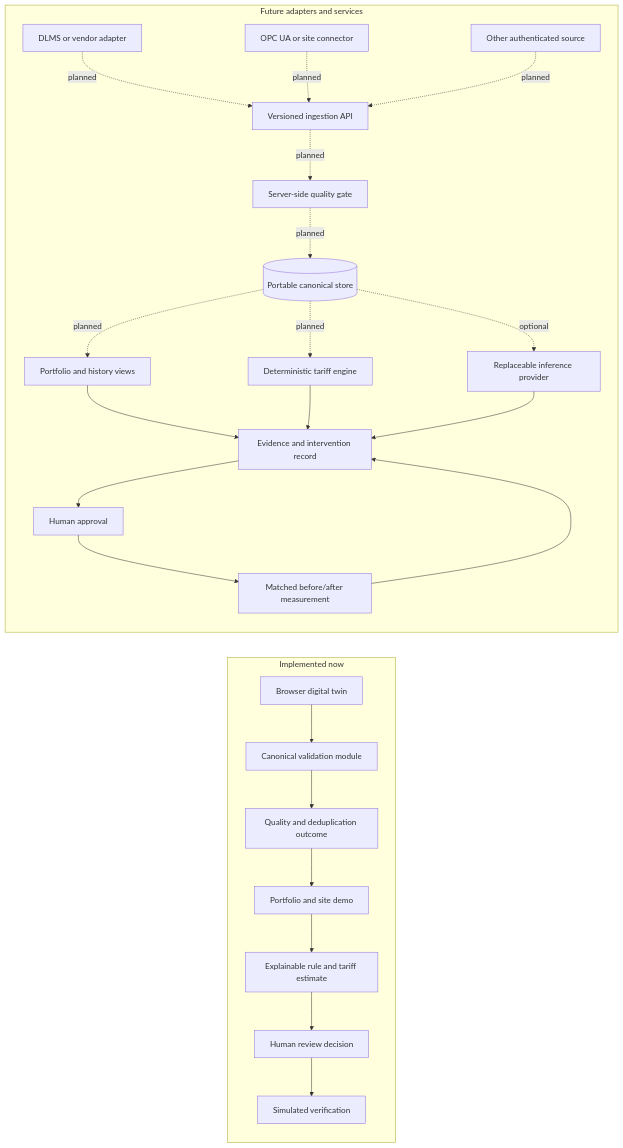
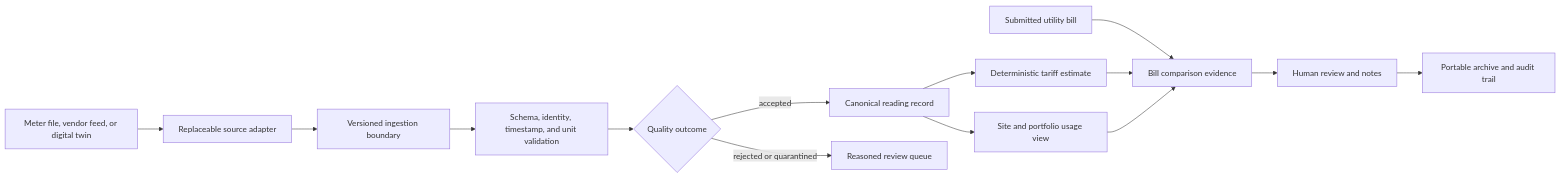
The diagram in docs/architecture.md (SheeshDarth/smart-electricity-billing-system), drawn with Mermaid before and after one commit. The commit also changed other lines of this file, not shown here.

First line of the commit message:
docs: refocus architecture on bill evidence

````diff
--- a/docs/architecture.md
+++ b/docs/architecture.md
@@ -20,27 +27,16 @@
-~~~mermaid
+```mermaid
 flowchart LR
-  subgraph Implemented now
-    T[Browser digital twin] --> V[Canonical validation module]
-    V --> Q[Quality and deduplication outcome]
-    Q --> D[Portfolio and site demo]
-    D --> E[Explainable rule and tariff estimate]
-    E --> H[Human review decision]
-    H --> S[Simulated verification]
-  end
-  subgraph Future adapters and services
-    DL[DLMS or vendor adapter] -. planned .-> API[Versioned ingestion API]
-    OPC[OPC UA or site connector] -. planned .-> API
-    MQTT[Other authenticated source] -. planned .-> API
-    API -. planned .-> V2[Server-side quality gate]
-    V2 -. planned .-> DB[(Portable canonical store)]
-    DB -. planned .-> PORT[Portfolio and history views]
-    DB -. planned .-> BILL[Deterministic tariff engine]
-    DB -. optional .-> AI[Replaceable inference provider]
-    PORT --> EVT[Evidence and intervention record]
-    BILL --> EVT
-    AI --> EVT
-    EVT --> H2[Human approval]
-    H2 --> MV[Matched before/after measurement]
-    MV --> EVT
-  end
-~~~
+  SRC[Meter file, vendor feed, or digital twin] --> AD[Replaceable source adapter]
+  AD --> ING[Versioned ingestion boundary]
+  ING --> VAL[Schema, identity, timestamp, and unit validation]
+  VAL --> Q{Quality outcome}
+  Q -->|accepted| REC[Canonical reading record]
+  Q -->|rejected or quarantined| ERR[Reasoned review queue]
+  REC --> VIEW[Site and portfolio usage view]
+  REC --> COST[Deterministic tariff estimate]
+  BILL[Submitted utility bill] --> CMP[Bill comparison evidence]
+  COST --> CMP
+  VIEW --> CMP
+  CMP --> HUM[Human review and notes]
+  HUM --> EXP[Portable archive and audit trail]
+```
````
